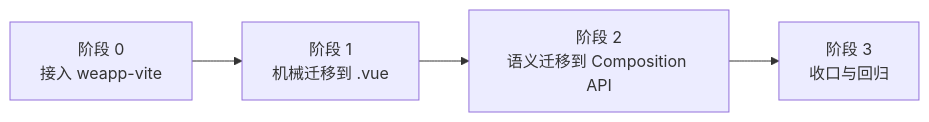
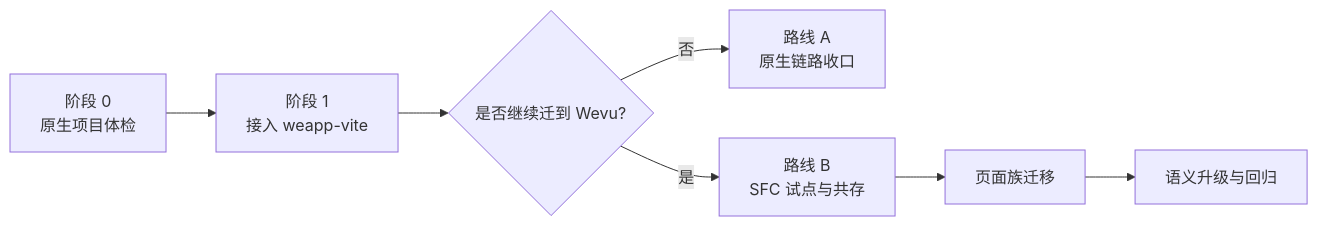
Before and after one commit to weapp-vite/weapp-vite: the diagram in website/wevu/migration/from-native-to-vue-sfc.md, drawn with Mermaid. The commit also changed other lines of this file and 19 other files, not shown here.

````diff
--- a/website/wevu/migration/from-native-to-vue-sfc.md
+++ b/website/wevu/migration/from-native-to-vue-sfc.md
@@ -63,6 +89,9 @@
 ```mermaid
 flowchart LR
-  A[阶段 0<br/>接入 weapp-vite] --> B[阶段 1<br/>机械迁移到 .vue]
-  B --> C[阶段 2<br/>语义迁移到 Composition API]
-  C --> D[阶段 3<br/>收口与回归]
+  A[阶段 0<br/>原生项目体检] --> B[阶段 1<br/>接入 weapp-vite]
+  B --> C{是否继续迁到 Wevu?}
+  C -->|否| D[路线 A<br/>原生链路收口]
+  C -->|是| E[路线 B<br/>SFC 试点与共存]
+  E --> F[页面族迁移]
+  F --> G[语义升级与回归]
 ```
````
